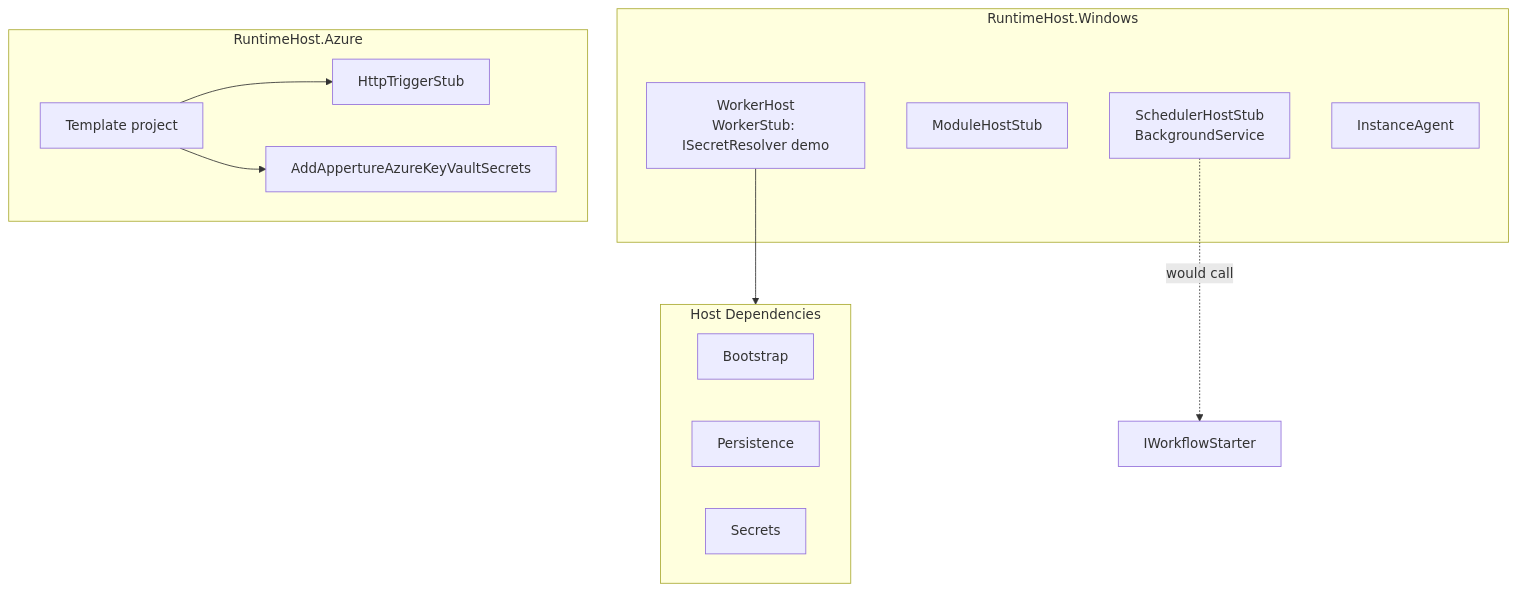
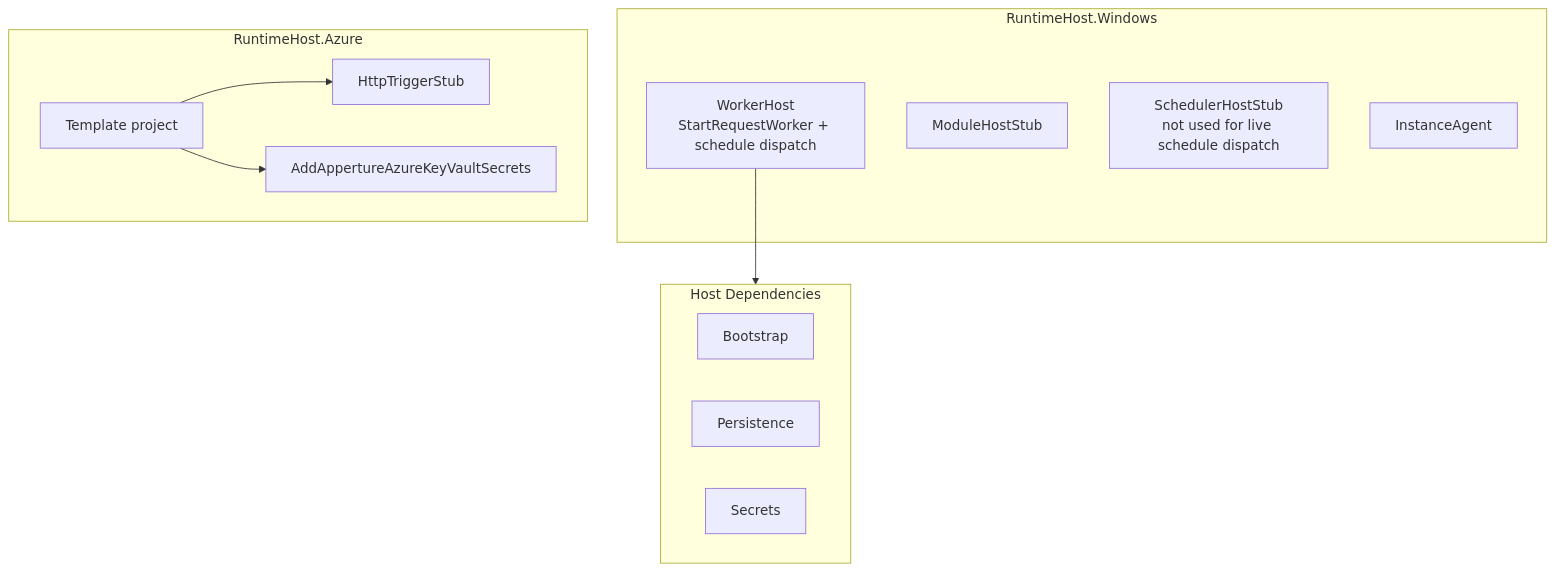
One commit to Intechral-Solutions/Apperture-Core changed the sixth of 8 diagrams in docs/01-architecture/current-architecture-tracking.md. Above: the diagram before and after it, drawn with Mermaid. The commit also changed other lines of this file and 67 other files, not shown here.

````diff
--- a/docs/01-architecture/current-architecture-tracking.md
+++ b/docs/01-architecture/current-architecture-tracking.md
@@ -313,26 +316,25 @@
 ```mermaid
 flowchart TB
     subgraph WindowsHost["RuntimeHost.Windows"]
-        WorkerHost[WorkerHost<br/>WorkerStub: ISecretResolver demo]
+        WorkerHost[WorkerHost<br/>StartRequestWorker + schedule dispatch]
         ModuleHost[ModuleHostStub]
-        SchedulerHost[SchedulerHostStub<br/>BackgroundService]
+        SchedulerHost[SchedulerHostStub<br/>not used for live schedule dispatch]
         InstanceAgent[InstanceAgent]
     end
 
     subgraph AzureHost["RuntimeHost.Azure"]
         Template[Template project]
         HttpTriggerStub[HttpTriggerStub]
         AzureSecrets[AddAppertureAzureKeyVaultSecrets]
     end
 
     subgraph Dependencies["Host Dependencies"]
         Bootstrap
         Persistence
         Secrets
     end
 
     WorkerHost --> Dependencies
-    SchedulerHost -.->|would call| IWorkflowStarter
     Template --> HttpTriggerStub
     Template --> AzureSecrets
 ```
````
